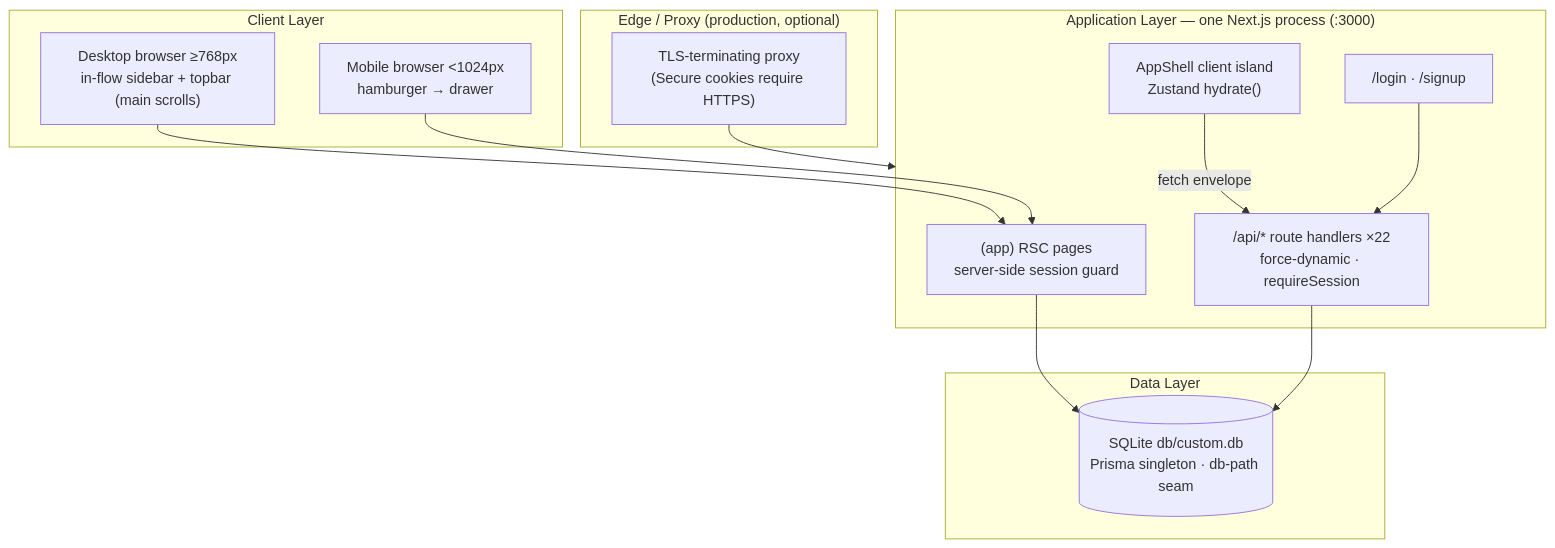
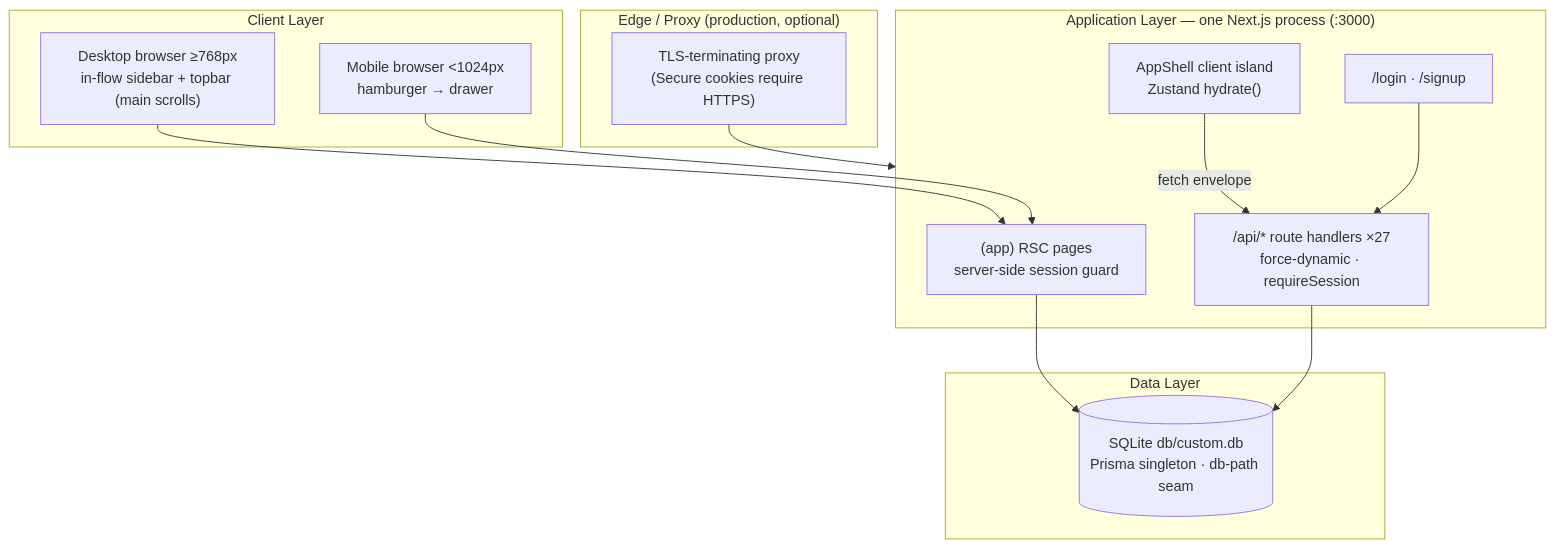
The first of 2 diagrams in Project_Architecture_Document.md (nordeim/neo-crm), drawn with Mermaid before and after one commit. The commit also changed other lines of this file and 43 other files, not shown here.

````diff
--- a/Project_Architecture_Document.md
+++ b/Project_Architecture_Document.md
@@ -241,30 +242,30 @@
 ```mermaid
 flowchart TB
   subgraph Client["Client Layer"]
     Desktop["Desktop browser ≥768px<br/>in-flow sidebar + topbar (main scrolls)"]
     Mobile["Mobile browser <1024px<br/>hamburger → drawer"]
   end
 
   subgraph Edge["Edge / Proxy (production, optional)"]
     TLS["TLS-terminating proxy<br/>(Secure cookies require HTTPS)"]
   end
 
   subgraph App["Application Layer — one Next.js process (:3000)"]
     RSC["(app) RSC pages<br/>server-side session guard"]
     Public["/login · /signup"]
-    API["/api/* route handlers ×22<br/>force-dynamic · requireSession"]
+    API["/api/* route handlers ×27<br/>force-dynamic · requireSession"]
     Shell["AppShell client island<br/>Zustand hydrate()"]
   end
 
   subgraph Data["Data Layer"]
     DB[("SQLite db/custom.db<br/>Prisma singleton · db-path seam")]
   end
 
   Desktop --> RSC
   Mobile --> RSC
   TLS --> App
   RSC --> DB
   API --> DB
   Shell -->|fetch envelope| API
   Public --> API
 ```
````
